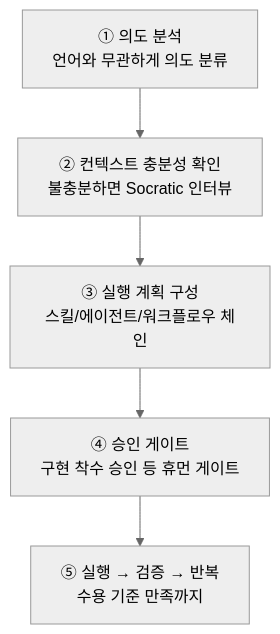
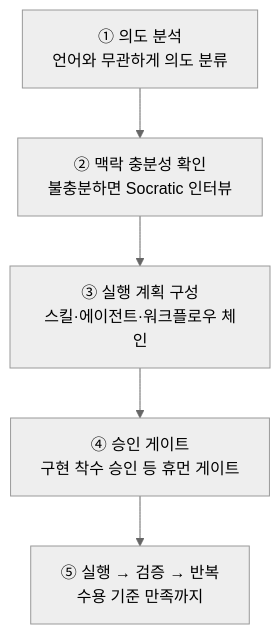
One commit to modu-ai/moai-adk changed the first of 2 diagrams in docs-site/content/ko/advanced/analyze-first-routing.md. Above: the diagram before and after it, drawn with Mermaid (neutral theme). The commit also changed other lines of this file and 14 other files, not shown here.

````diff
--- a/docs-site/content/ko/advanced/analyze-first-routing.md
+++ b/docs-site/content/ko/advanced/analyze-first-routing.md
@@ -16,7 +32,7 @@
 ```mermaid
 flowchart TD
-    A["① 의도 분석<br/>언어와 무관하게 의도 분류"] --> B["② 컨텍스트 충분성 확인<br/>불충분하면 Socratic 인터뷰"]
-    B --> C["③ 실행 계획 구성<br/>스킬/에이전트/워크플로우 체인"]
+    A["① 의도 분석<br/>언어와 무관하게 의도 분류"] --> B["② 맥락 충분성 확인<br/>불충분하면 Socratic 인터뷰"]
+    B --> C["③ 실행 계획 구성<br/>스킬·에이전트·워크플로우 체인"]
     C --> D["④ 승인 게이트<br/>구현 착수 승인 등 휴먼 게이트"]
     D --> E["⑤ 실행 → 검증 → 반복<br/>수용 기준 만족까지"]
 ```
````
